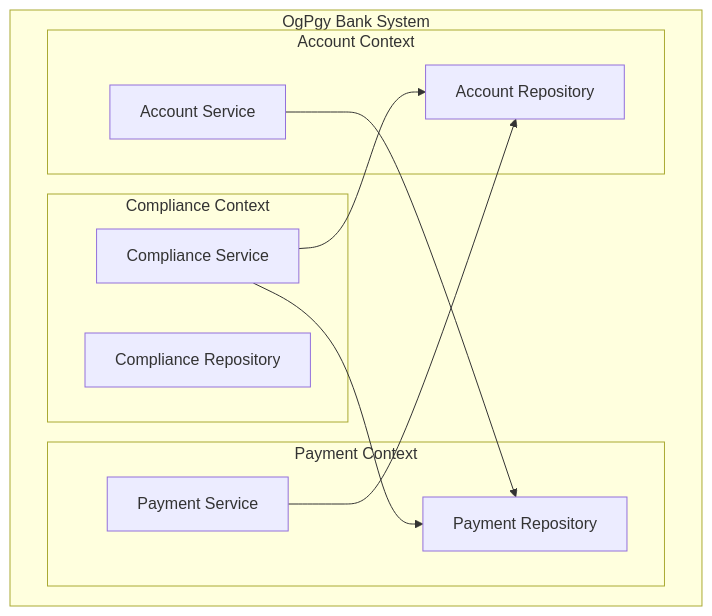
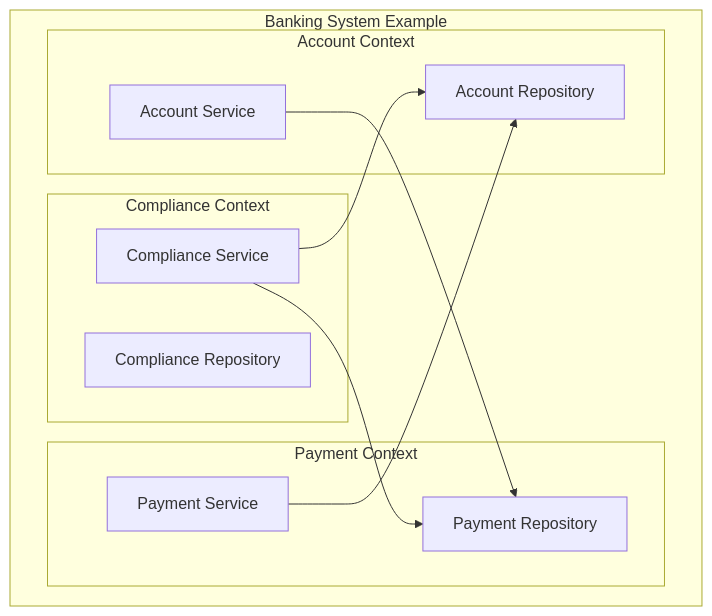
Before and after one commit to krabhishek/opusgenie-di: the second of 4 diagrams in docs/index.md, drawn with Mermaid. The commit also changed other lines of this file and 6 other files, not shown here.

````diff
--- a/docs/index.md
+++ b/docs/index.md
@@ -44,24 +54,24 @@
 ```mermaid
 graph TB
-    subgraph "OgPgy Bank System"
+    subgraph "Banking System Example"
         subgraph "Account Context"
             AS[Account Service]
             AR[Account Repository]
         end
         
         subgraph "Payment Context"
             PS[Payment Service]
             PR[Payment Repository]
         end
         
         subgraph "Compliance Context"
             CS[Compliance Service]
             CR[Compliance Repository]
         end
         
         AS --> PR
         PS --> AR
         CS --> AR
         CS --> PR
     end
 ```
````
